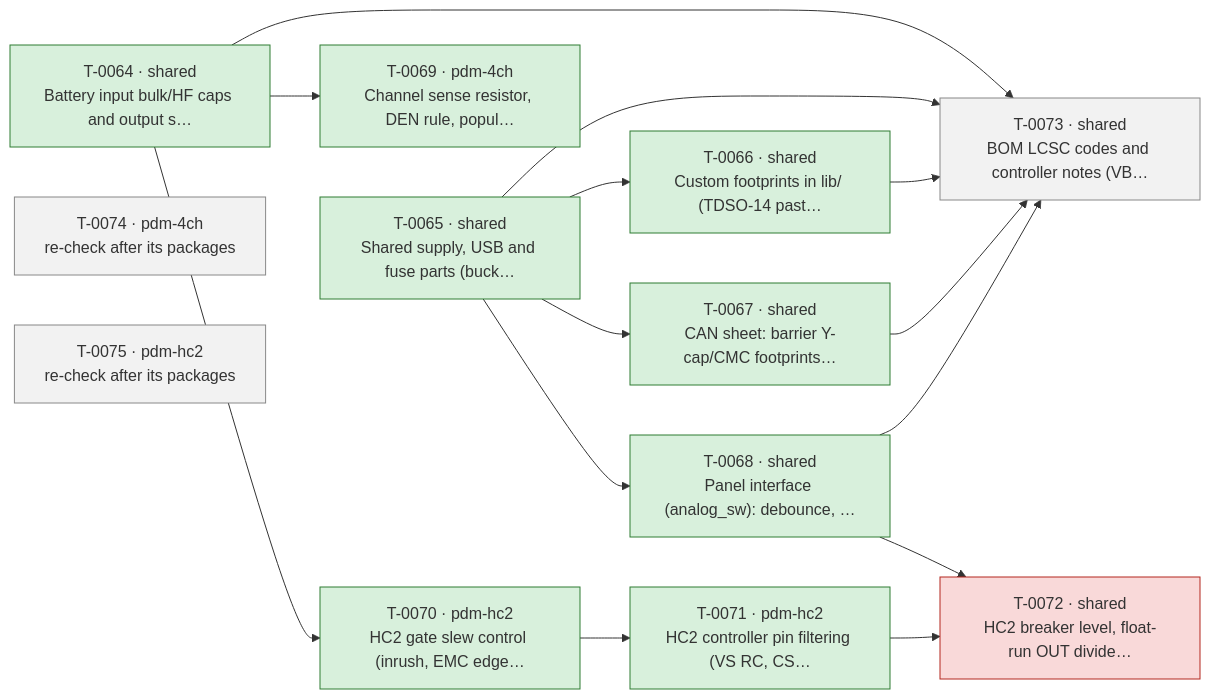
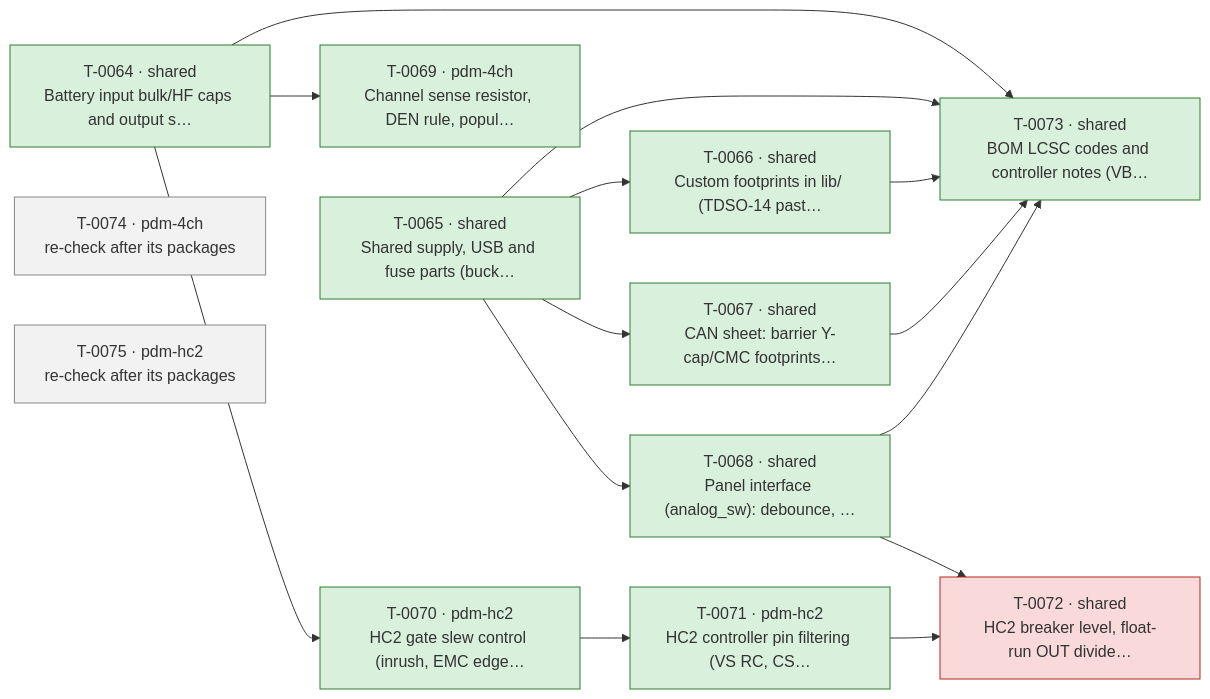
The diagram in docs/ROADMAP.md (plektra/ESP32-PDM), drawn with Mermaid before and after one commit. The commit also changed other lines of this file and 3 other files, not shown here.

````diff
--- a/docs/ROADMAP.md
+++ b/docs/ROADMAP.md
@@ -18,32 +18,32 @@
 ```mermaid
 flowchart LR
   T0064["T-0064 · shared<br/>Battery input bulk/HF caps and output s…"]:::done
   T0065["T-0065 · shared<br/>Shared supply, USB and fuse parts (buck…"]:::done
   T0066["T-0066 · shared<br/>Custom footprints in lib/ (TDSO-14 past…"]:::done
   T0067["T-0067 · shared<br/>CAN sheet: barrier Y-cap/CMC footprints…"]:::done
   T0068["T-0068 · shared<br/>Panel interface (analog_sw): debounce, …"]:::done
   T0069["T-0069 · pdm-4ch<br/>Channel sense resistor, DEN rule, popul…"]:::done
   T0070["T-0070 · pdm-hc2<br/>HC2 gate slew control (inrush, EMC edge…"]:::done
   T0071["T-0071 · pdm-hc2<br/>HC2 controller pin filtering (VS RC, CS…"]:::done
   T0072["T-0072 · shared<br/>HC2 breaker level, float-run OUT divide…"]:::failed
-  T0073["T-0073 · shared<br/>BOM LCSC codes and controller notes (VB…"]:::ready
+  T0073["T-0073 · shared<br/>BOM LCSC codes and controller notes (VB…"]:::done
   T0074["T-0074 · pdm-4ch<br/>re-check after its packages"]:::ready
   T0075["T-0075 · pdm-hc2<br/>re-check after its packages"]:::ready
   T0065 --> T0066
   T0065 --> T0067
   T0065 --> T0068
   T0064 --> T0069
   T0064 --> T0070
   T0070 --> T0071
   T0068 --> T0072
   T0071 --> T0072
   T0064 --> T0073
   T0065 --> T0073
   T0066 --> T0073
   T0067 --> T0073
   T0068 --> T0073
   classDef done fill:#d8f0dc,stroke:#2e7d32
   classDef running fill:#d6e6ff,stroke:#1f5fbf
   classDef ready fill:#f2f2f2,stroke:#888
   classDef failed fill:#f9d9d9,stroke:#b3261e
 ```
````
